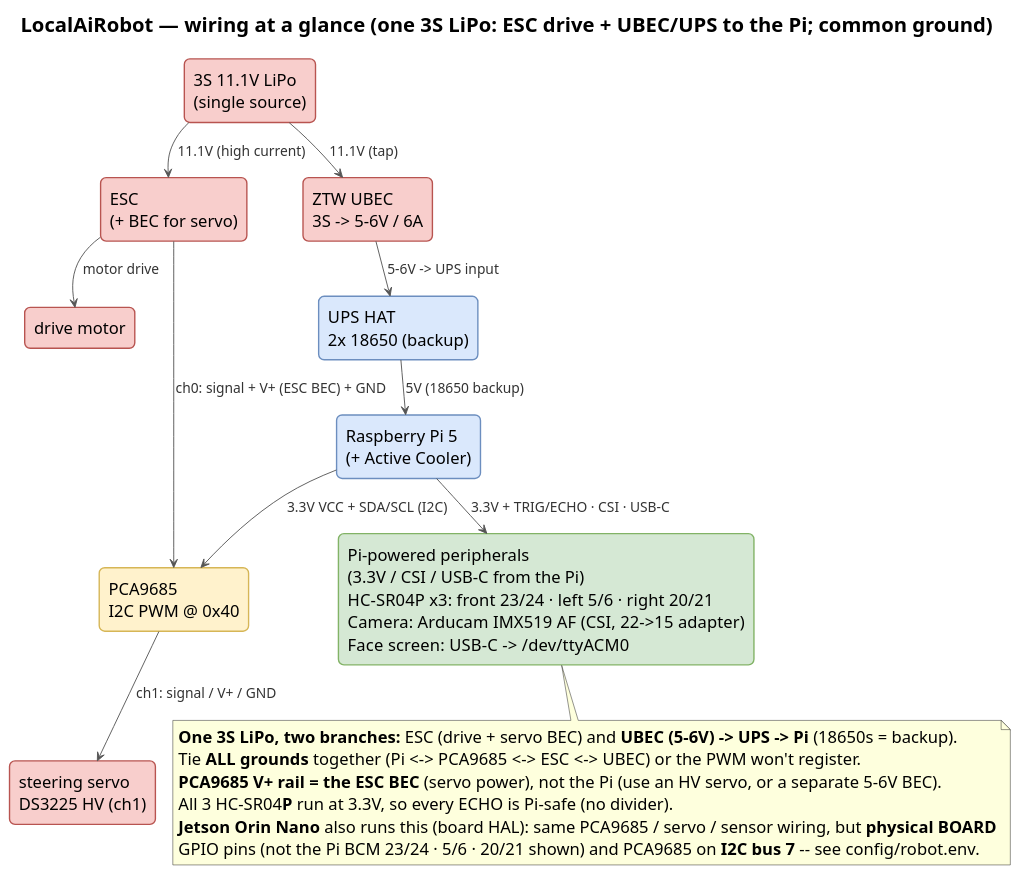
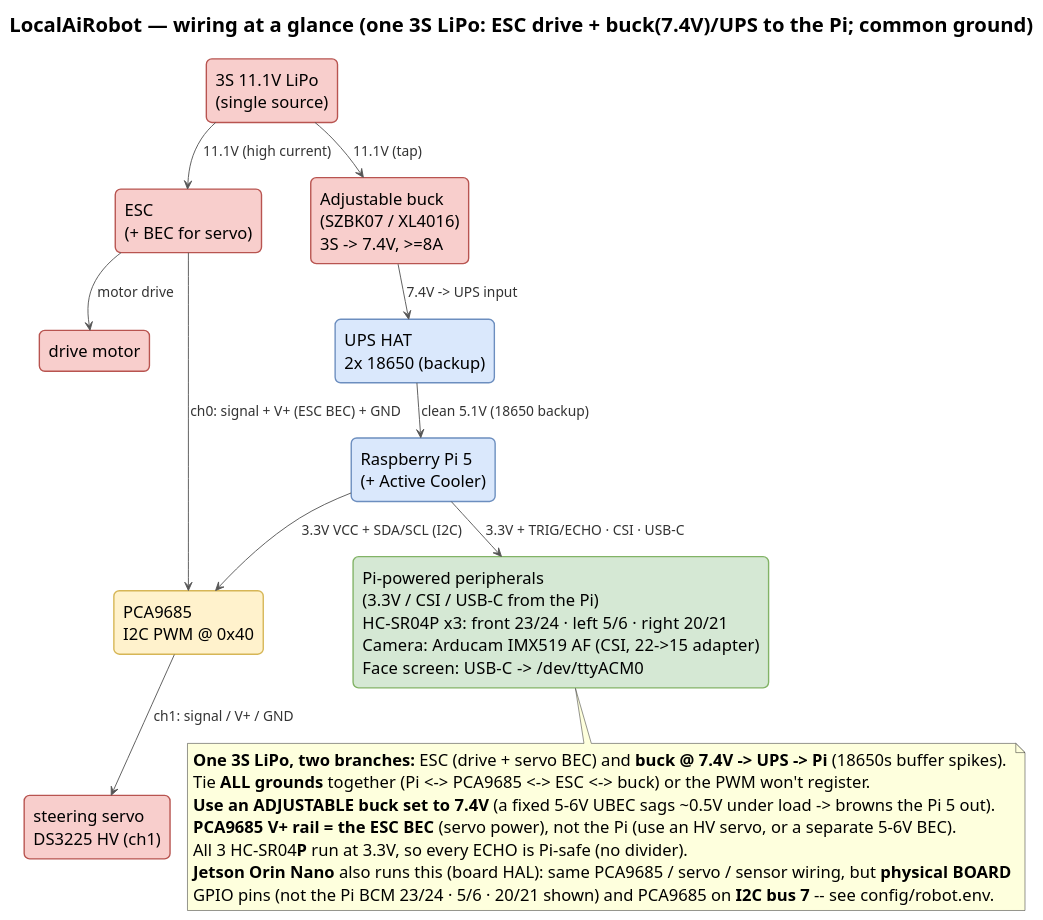
One commit to shen747/LocalAiRobot changed the diagram in docs/images/wiring.puml. Above: the diagram before and after it, drawn with PlantUML. The commit also changed 11 other files, not shown here.

Commit message:
Replace the sagging fixed UBEC with an adjustable 7.4V buck into the UPS across docs + regenerated diagrams

```diff
--- a/docs/images/wiring.puml
+++ b/docs/images/wiring.puml
@@ -1,65 +1,66 @@
 @startuml wiring
-' LocalAiRobot — "Wiring at a glance" connection map, TOP-TO-BOTTOM power flow (1 LiPo -> ESC + UBEC/UPS).
+' LocalAiRobot — "Wiring at a glance" connection map, TOP-TO-BOTTOM power flow (1 LiPo -> ESC + buck/UPS).
 ' This source lives next to its render. Regenerate in place (writes wiring.png here):
 '   plantuml -tpng docs/images/wiring.puml
 ' No Graphviz needed: !pragma layout smetana uses PlantUML's pure-Java layout engine.
 ' Vertical + larger fonts: no side-by-side domain boxes; the Pi's many peripherals collapse into one box.
 !pragma layout smetana
 top to bottom direction
 hide stereotype
-title LocalAiRobot — wiring at a glance (one 3S LiPo: ESC drive + UBEC/UPS to the Pi; common ground)
+title LocalAiRobot — wiring at a glance (one 3S LiPo: ESC drive + buck(7.4V)/UPS to the Pi; common ground)
 
 skinparam backgroundColor white
 skinparam shadowing false
 skinparam defaultFontName Helvetica
 skinparam defaultFontSize 18
 skinparam TitleFontSize 22
 skinparam ArrowColor #555555
 skinparam ArrowFontColor #333333
 skinparam ArrowFontSize 15
 skinparam rectangle {
   RoundCorner 12
   FontSize 18
   BorderThickness 1.5
   BackgroundColor<<io>> #DAE8FC
   BorderColor<<io>> #6C8EBF
   BackgroundColor<<model>> #FFF2CC
   BorderColor<<model>> #D6B656
   BackgroundColor<<data>> #D5E8D4
   BorderColor<<data>> #82B366
   BackgroundColor<<motor>> #F8CECC
   BorderColor<<motor>> #B85450
   BackgroundColor<<store>> #F5F5F5
   BorderColor<<store>> #666666
 }
 
 rectangle "3S 11.1V LiPo\n(single source)" as lipo <<motor>>
 rectangle "ESC\n(+ BEC for servo)" as esc <<motor>>
 rectangle "drive motor" as motor <<motor>>
-rectangle "ZTW UBEC\n3S -> 5-6V / 6A" as ubec <<motor>>
+rectangle "Adjustable buck\n(SZBK07 / XL4016)\n3S -> 7.4V, >=8A" as ubec <<motor>>
 rectangle "UPS HAT\n2x 18650 (backup)" as ups <<io>>
 rectangle "Raspberry Pi 5\n(+ Active Cooler)" as pi <<io>>
 rectangle "PCA9685\nI2C PWM @ 0x40" as pca <<model>>
 rectangle "steering servo\nDS3225 HV (ch1)" as servo <<motor>>
 rectangle "Pi-powered peripherals\n(3.3V / CSI / USB-C from the Pi)\nHC-SR04P x3:  front 23/24 · left 5/6 · right 20/21\nCamera: Arducam IMX519 AF  (CSI, 22->15 adapter)\nFace screen:  USB-C -> /dev/ttyACM0" as periph <<data>>
 
 ' ---- power flows top -> bottom ----
 lipo --> esc  : 11.1V (high current)
 lipo --> ubec : 11.1V (tap)
 esc  --> motor : motor drive
-ubec --> ups  : 5-6V -> UPS input
-ups  --> pi   : 5V (18650 backup)
+ubec --> ups  : 7.4V -> UPS input
+ups  --> pi   : clean 5.1V (18650 backup)
 esc  --> pca  : ch0: signal + V+ (ESC BEC) + GND
 pi   --> pca  : 3.3V VCC + SDA/SCL (I2C)
 pca  --> servo : ch1: signal / V+ / GND
 pi   --> periph : 3.3V + TRIG/ECHO · CSI · USB-C
 
 note bottom of periph
-  **One 3S LiPo, two branches:** ESC (drive + servo BEC) and **UBEC (5-6V) -> UPS -> Pi** (18650s = backup).
-  Tie **ALL grounds** together (Pi <-> PCA9685 <-> ESC <-> UBEC) or the PWM won't register.
+  **One 3S LiPo, two branches:** ESC (drive + servo BEC) and **buck @ 7.4V -> UPS -> Pi** (18650s buffer spikes).
+  Tie **ALL grounds** together (Pi <-> PCA9685 <-> ESC <-> buck) or the PWM won't register.
+  **Use an ADJUSTABLE buck set to 7.4V** (a fixed 5-6V UBEC sags ~0.5V under load -> browns the Pi 5 out).
   **PCA9685 V+ rail = the ESC BEC** (servo power), not the Pi (use an HV servo, or a separate 5-6V BEC).
   All 3 HC-SR04**P** run at 3.3V, so every ECHO is Pi-safe (no divider).
   **Jetson Orin Nano** also runs this (board HAL): same PCA9685 / servo / sensor wiring, but **physical BOARD**
   GPIO pins (not the Pi BCM 23/24 · 5/6 · 20/21 shown) and PCA9685 on **I2C bus 7** -- see config/robot.env.
 end note
 @enduml
```
